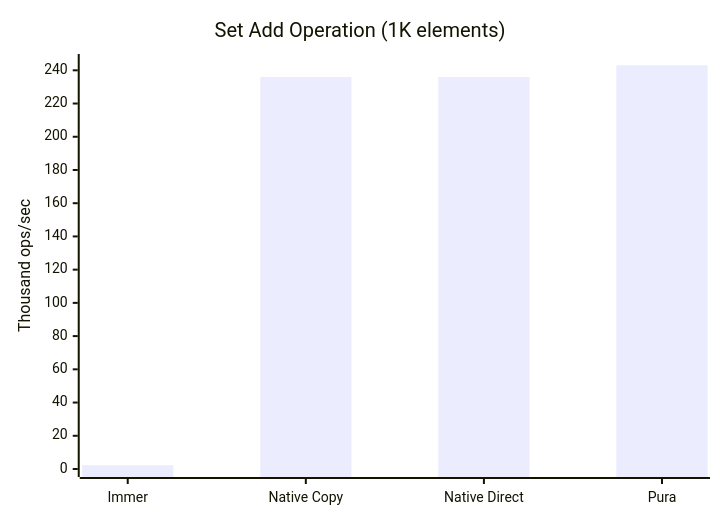
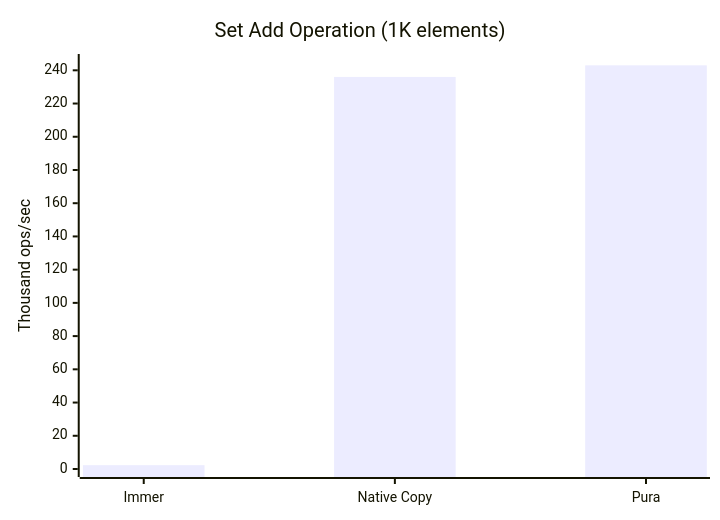
The fifth of 5 diagrams in README.md (SylphxAI/pura), drawn with Mermaid before and after one commit. The commit also changed other lines of this file, not shown here.

First line of the commit message:
docs(readme): remove Native Direct from charts for clarity

````diff
--- a/README.md
+++ b/README.md
@@ -317,13 +317,13 @@
 ```mermaid
 ---
 config:
   themeVariables:
     xyChart:
       backgroundColor: "transparent"
 ---
 xychart-beta
     title "Set Add Operation (1K elements)"
-    x-axis ["Immer", "Native Copy", "Native Direct", "Pura"]
+    x-axis ["Immer", "Native Copy", "Pura"]
     y-axis "Thousand ops/sec" 0 --> 245
-    bar [2.31, 236, 236, 243]
+    bar [2.31, 236, 243]
 ```
````
